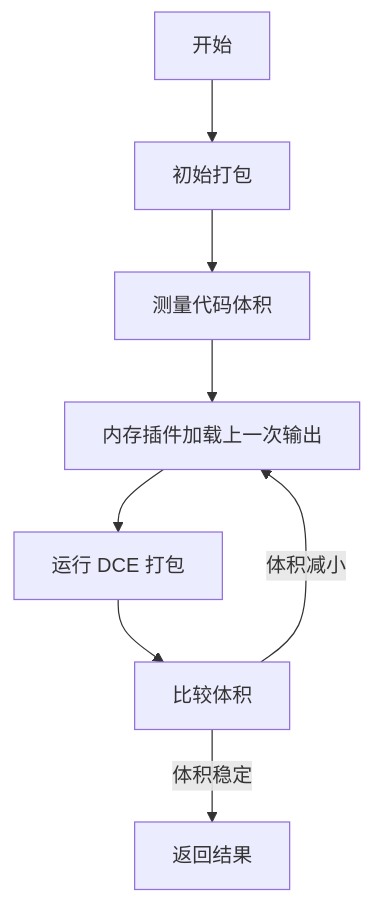
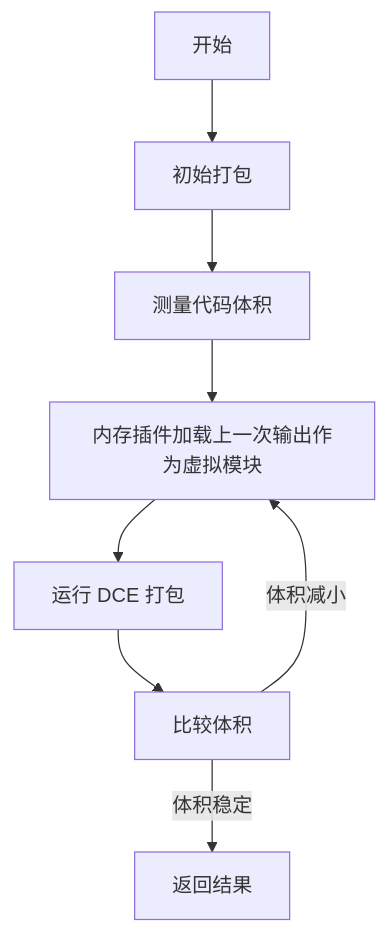
One commit to webc-site/npm changed the diagram in rolldown/readme/zh/README.md. Above: the diagram before and after it, drawn with Mermaid. The commit also changed other lines of this file and 4 other files, not shown here.

````diff
--- a/rolldown/readme/zh/README.md
+++ b/rolldown/readme/zh/README.md
@@ -38,10 +47,10 @@
 ```mermaid
 graph TD
     A[开始] --> B[初始打包]
     B --> C[测量代码体积]
-    C --> D[内存插件加载上一次输出]
+    C --> D[内存插件加载上一次输出作为虚拟模块]
     D --> E[运行 DCE 打包]
     E --> F[比较体积]
     F -->|体积减小| D
     F -->|体积稳定| G[返回结果]
 ```
````
